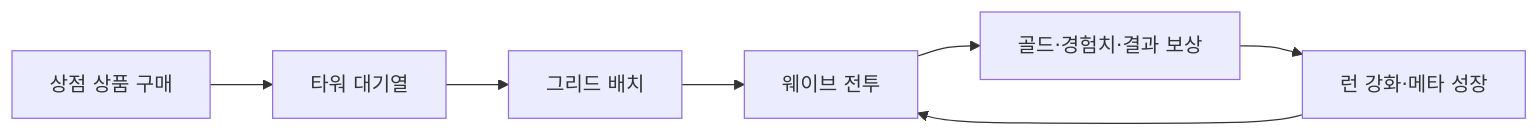
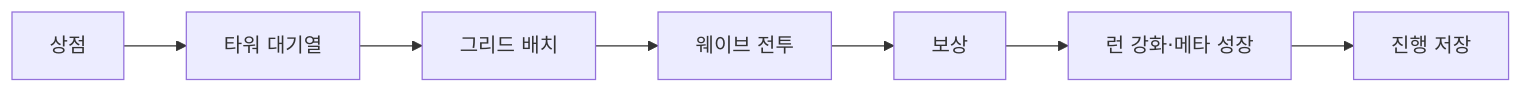
Before and after one commit to limrum09/RandomTowerDefence: the diagram in Docs/Portfolio/ProjectSummary.md, drawn with Mermaid. The commit also changed other lines of this file and 3 other files, not shown here.

````diff
--- a/Docs/Portfolio/ProjectSummary.md
+++ b/Docs/Portfolio/ProjectSummary.md
@@ -30,9 +18,9 @@
 ```mermaid
 flowchart LR
-    Store[상점 상품 구매] --> Queue[타워 대기열]
+    Store[상점] --> Queue[타워 대기열]
     Queue --> Build[그리드 배치]
     Build --> Wave[웨이브 전투]
-    Wave --> Reward[골드·경험치·결과 보상]
+    Wave --> Reward[보상]
     Reward --> Upgrade[런 강화·메타 성장]
-    Upgrade --> Wave
+    Upgrade --> Save[진행 저장]
 ```
````
